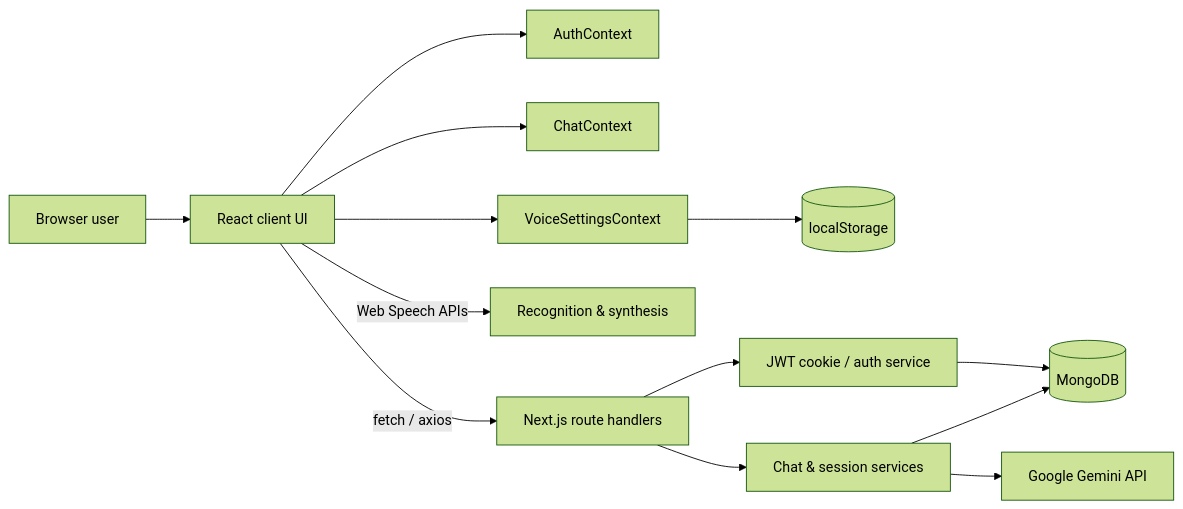
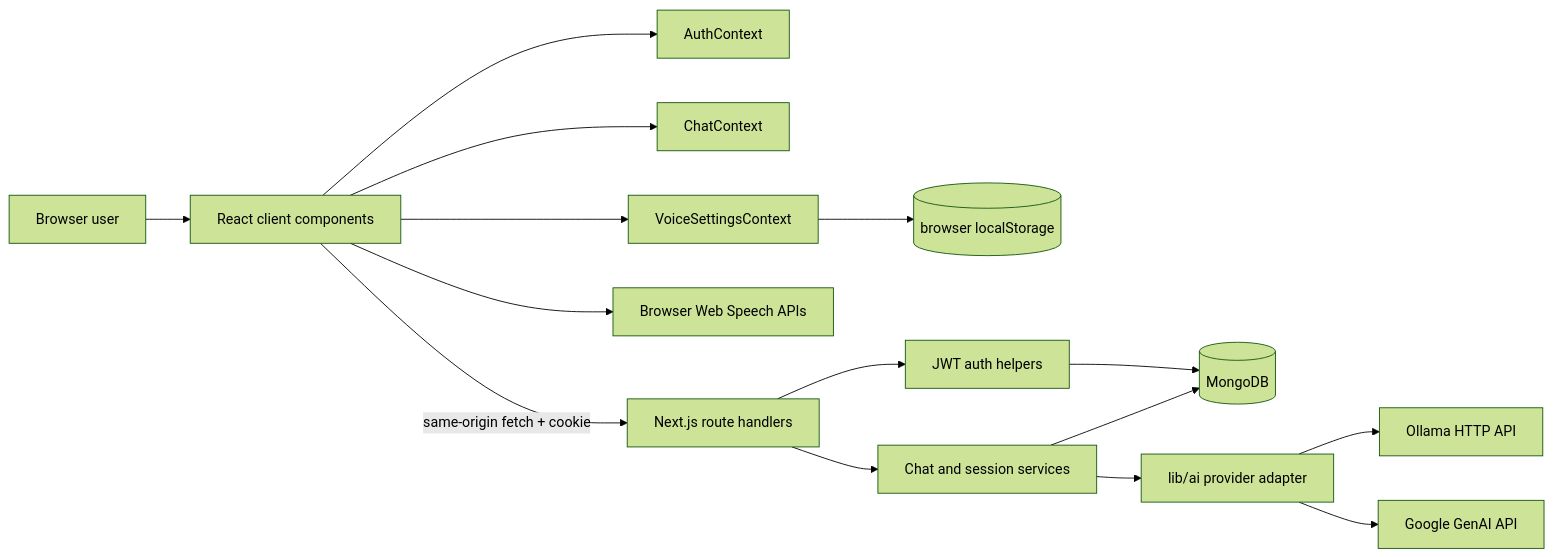
One commit to Yatheswar546/voice-assistant changed the diagram in PROJECT_SUMMARY.md. Above: the diagram before and after it, drawn with Mermaid (forest theme). The commit also changed other lines of this file and 2 other files, not shown here.

````diff
--- a/PROJECT_SUMMARY.md
+++ b/PROJECT_SUMMARY.md
@@ -61,15 +113,17 @@
 ```mermaid
 flowchart LR
-  U["Browser user"] --> UI["React client UI"]
-  UI --> AC["AuthContext"]
-  UI --> CC["ChatContext"]
-  UI --> VC["VoiceSettingsContext"]
-  UI -->|"Web Speech APIs"| WS["Recognition & synthesis"]
-  VC --> LS[("localStorage")]
-  UI -->|"fetch / axios"| API["Next.js route handlers"]
-  API --> AUTH["JWT cookie / auth service"]
-  API --> SVC["Chat & session services"]
-  AUTH --> DB[("MongoDB")]
-  SVC --> DB
-  SVC --> GEM["Google Gemini API"]
+  U[Browser user] --> UI[React client components]
+  UI --> AUTHCTX[AuthContext]
+  UI --> CHATCTX[ChatContext]
+  UI --> VOICECTX[VoiceSettingsContext]
+  UI --> SPEECH[Browser Web Speech APIs]
+  VOICECTX --> STORE[(browser localStorage)]
+  UI -->|same-origin fetch + cookie| API[Next.js route handlers]
+  API --> AUTHSVC[JWT auth helpers]
+  API --> CHATSVC[Chat and session services]
+  AUTHSVC --> DB[(MongoDB)]
+  CHATSVC --> DB
+  CHATSVC --> ADAPTER[lib/ai provider adapter]
+  ADAPTER --> OLLAMA[Ollama HTTP API]
+  ADAPTER --> GEMINI[Google GenAI API]
 ```
````
